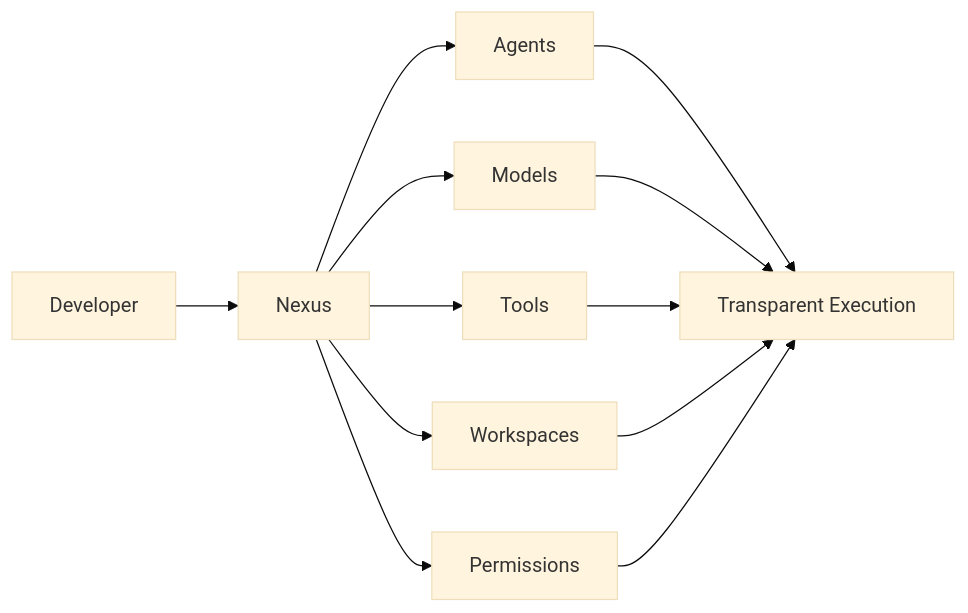
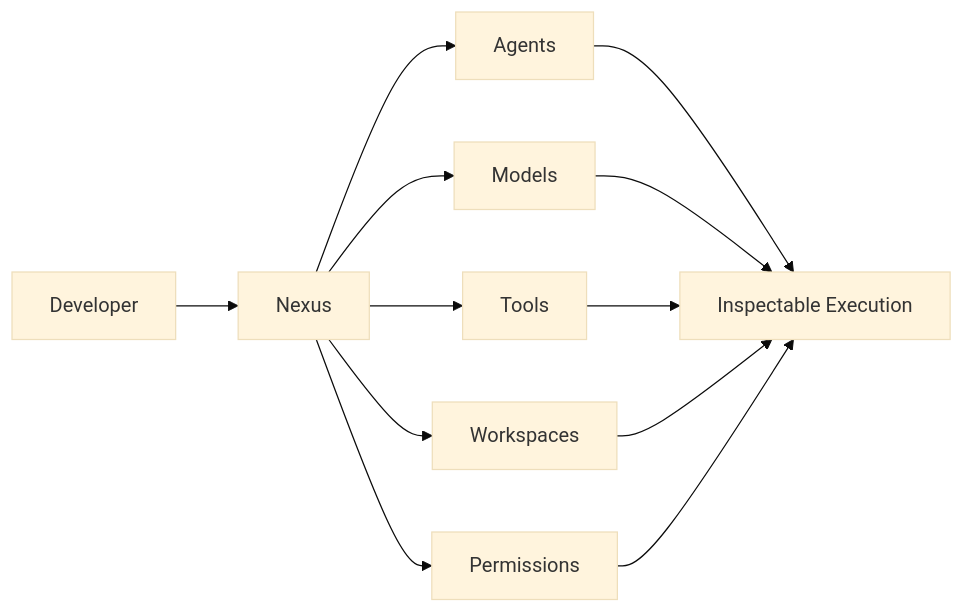
Before and after one commit to timothynn/Nexus: the first of 4 diagrams in README.md, drawn with Mermaid (base theme). The commit also changed other lines of this file, not shown here.

Commit message:
docs: document real provider, CLI approvals, and end-to-end tool execution

````diff
--- a/README.md
+++ b/README.md
@@ -27,15 +25,15 @@
 ```mermaid
 flowchart LR
     U[Developer] --> N[Nexus]
     N --> A[Agents]
     N --> M[Models]
     N --> T[Tools]
     N --> W[Workspaces]
     N --> P[Permissions]
 
-    A --> R[Transparent Execution]
+    A --> R[Inspectable Execution]
     M --> R
     T --> R
     W --> R
     P --> R
 ```
````
